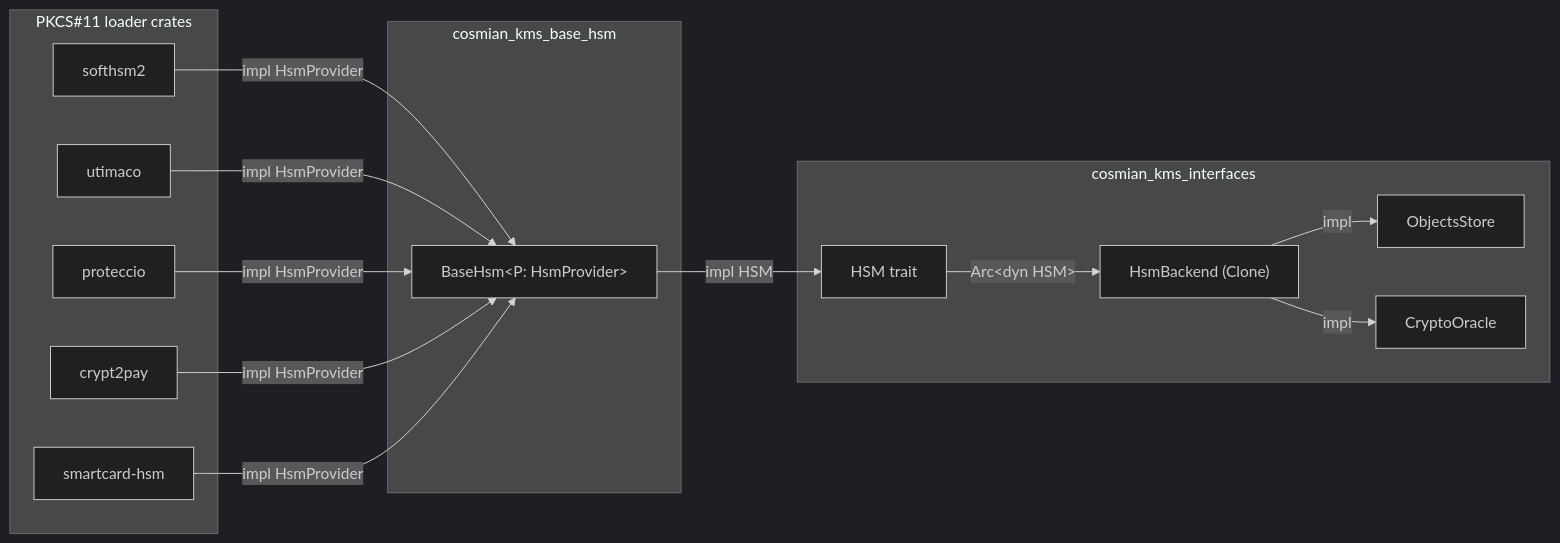
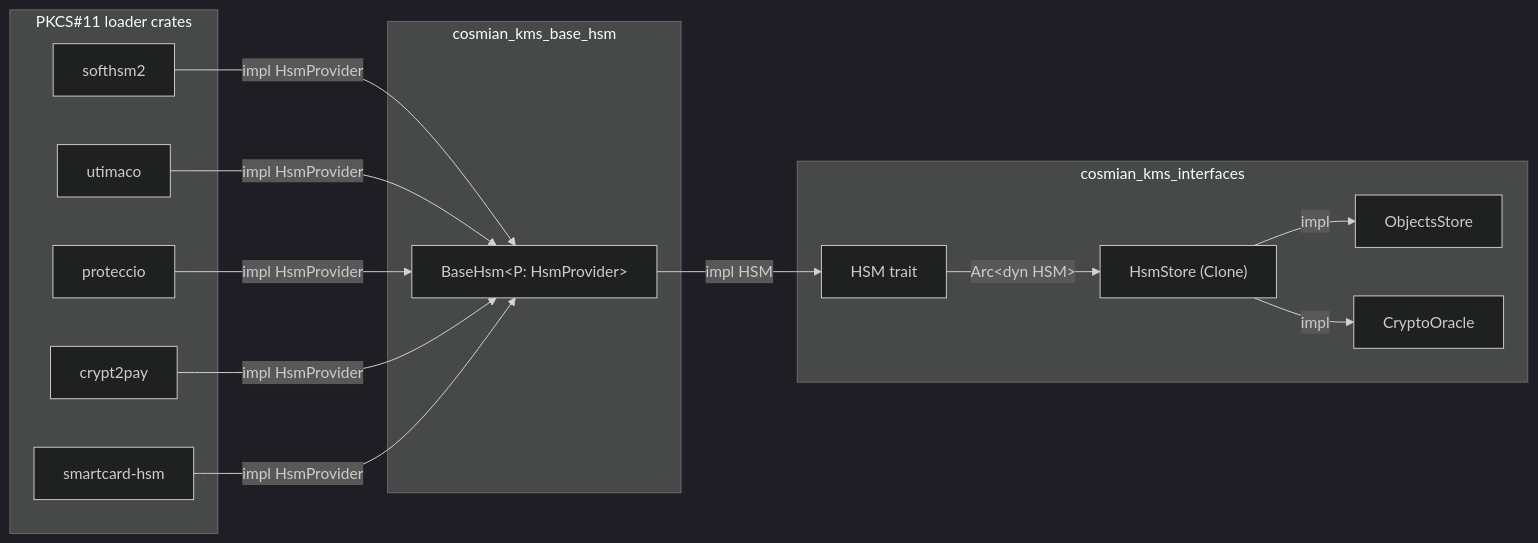
Before and after one commit to Cosmian/kms: the fifth of 6 diagrams in crate/interfaces/README.md, drawn with Mermaid (dark theme). The commit also changed other lines of this file and 18 other files, not shown here.

````diff
--- a/crate/interfaces/README.md
+++ b/crate/interfaces/README.md
@@ -217,27 +217,27 @@
 ```mermaid
 flowchart LR
     subgraph providers["PKCS#11 loader crates"]
         SFT[softhsm2]
         UTI[utimaco]
         PRT[proteccio]
         C2P[crypt2pay]
         SCH[smartcard-hsm]
     end
 
     subgraph base["cosmian_kms_base_hsm"]
         BH["BaseHsm&lt;P: HsmProvider&gt;"]
     end
 
     subgraph iface["cosmian_kms_interfaces"]
         HSMt["HSM trait"]
-        HB["HsmBackend (Clone)"]
+        HB["HsmStore (Clone)"]
         OS[ObjectsStore]
         CO[CryptoOracle]
     end
 
     SFT & UTI & PRT & C2P & SCH -->|"impl HsmProvider"| BH
     BH  -->|"impl HSM"| HSMt
     HSMt -->|"Arc&lt;dyn HSM&gt;"| HB
     HB  -->|"impl"| OS
     HB  -->|"impl"| CO
 ```
````
